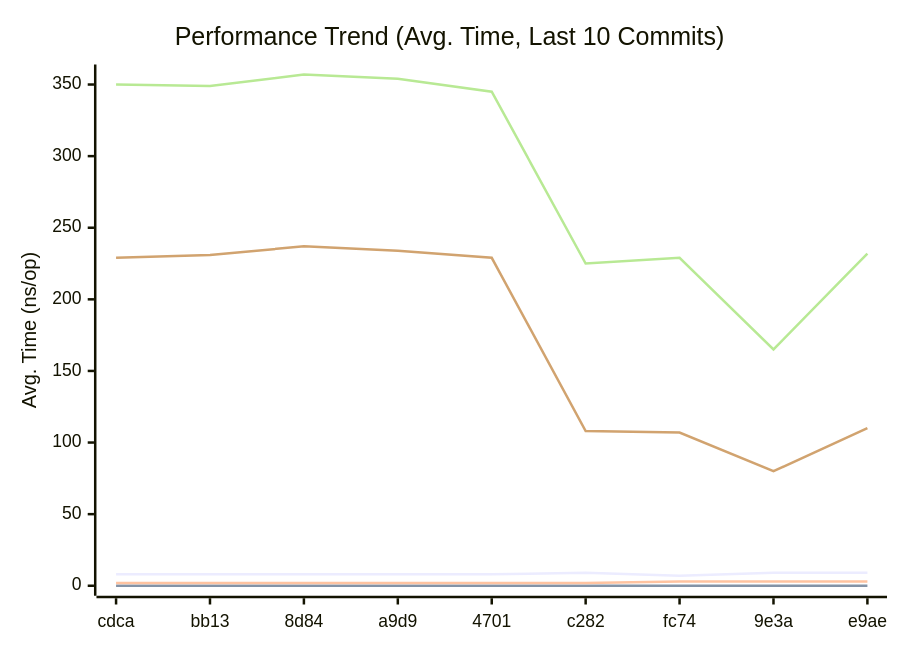
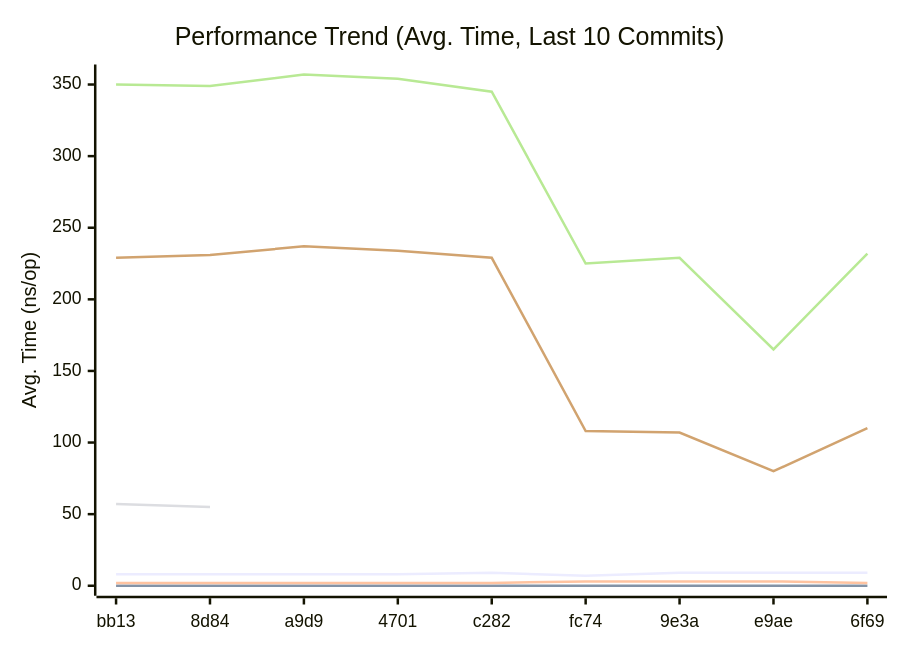
Before and after one commit to alsotoes/momo: the first of 3 diagrams in doc/README.md, drawn with Mermaid. The commit also changed other lines of this file and 1 other file, not shown here.

````diff
--- a/doc/README.md
+++ b/doc/README.md
@@ -302,13 +293,13 @@
 ```mermaid
 xychart-beta
     title "Performance Trend (Avg. Time, Last 10 Commits)"
     x-axis "Commit"
     y-axis "Avg. Time (ns/op)"
-    x-axis [cdca,bb13,8d84,a9d9,4701,c282,fc74,9e3a,e9ae]
-    line "CheckMetricsAndSwap" [8,8,8,8,8,9,7,9,9,9]
+    x-axis [bb13,8d84,a9d9,4701,c282,fc74,9e3a,e9ae,6f69]
+    line "CheckMetricsAndSwap" [8,8,8,8,9,7,9,9,9,9]
     line "IndexDirectTracking" [0,0,0,0,0,0,0,0,0,0]
-    line "IndexSearch" [2,2,2,2,2,2,3,3,3,2]
-    line "PadString" [57]
+    line "IndexSearch" [2,2,2,2,2,3,3,3,2,2]
+    line "PadString" [57,55]
     line "ParseReplicationOrder_NoPrealloc" [350,349,357,354,345,225,229,165,232,234]
     line "ParseReplicationOrder_Prealloc" [229,231,237,234,229,108,107,80,110,109]
 ```
````
